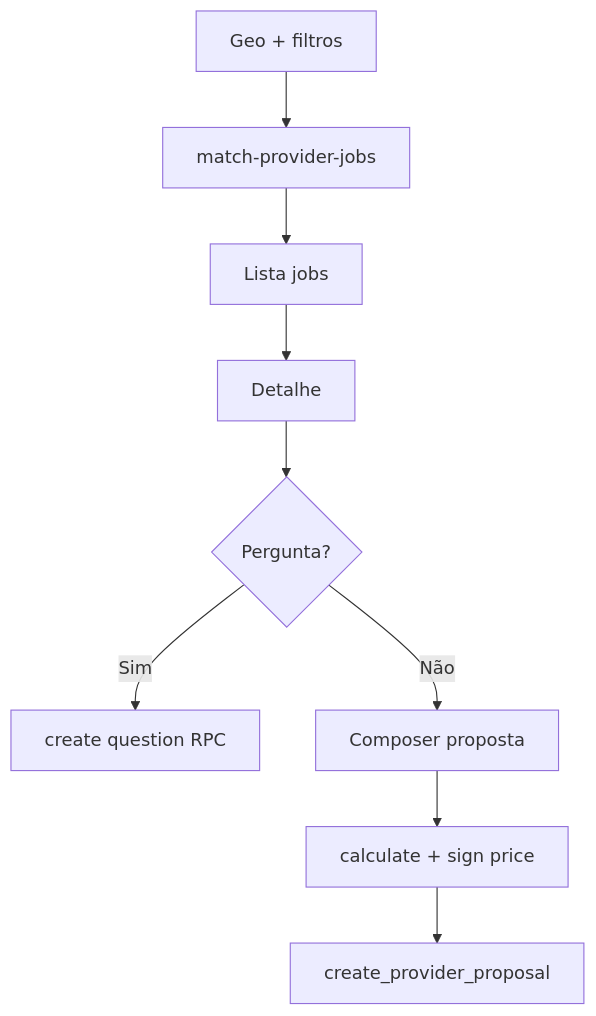
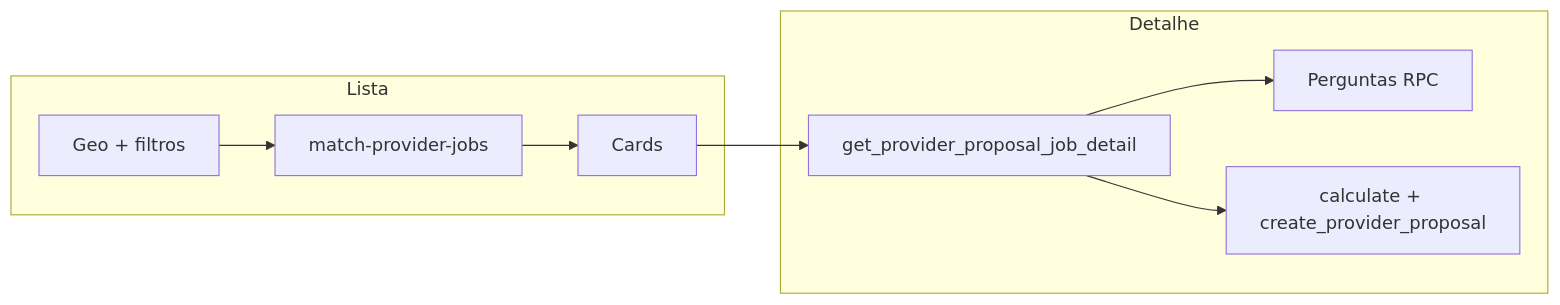
The diagram in docs/business/modulos/provider-jobs/features/trabalhos-e-propostas.md (higorpo/renovi-orbit-test), drawn with Mermaid before and after one commit. The commit also changed other lines of this file and 19 other files, not shown here.

````diff
--- a/docs/business/modulos/provider-jobs/features/trabalhos-e-propostas.md
+++ b/docs/business/modulos/provider-jobs/features/trabalhos-e-propostas.md
@@ -39,11 +277,12 @@
 ```mermaid
-flowchart TD
-  A[Geo + filtros] --> B[match-provider-jobs]
-  B --> C[Lista jobs]
-  C --> D[Detalhe]
-  D --> E{Pergunta?}
-  E -->|Sim| F[create question RPC]
-  E -->|Não| G[Composer proposta]
-  G --> H[calculate + sign price]
-  H --> I[create_provider_proposal]
+flowchart LR
+  subgraph list [Lista]
+    L[Geo + filtros] --> E[match-provider-jobs]
+    E --> C[Cards]
+  end
+  subgraph detail [Detalhe]
+    C --> D[get_provider_proposal_job_detail]
+    D --> Q[Perguntas RPC]
+    D --> P[calculate + create_provider_proposal]
+  end
 ```
````
